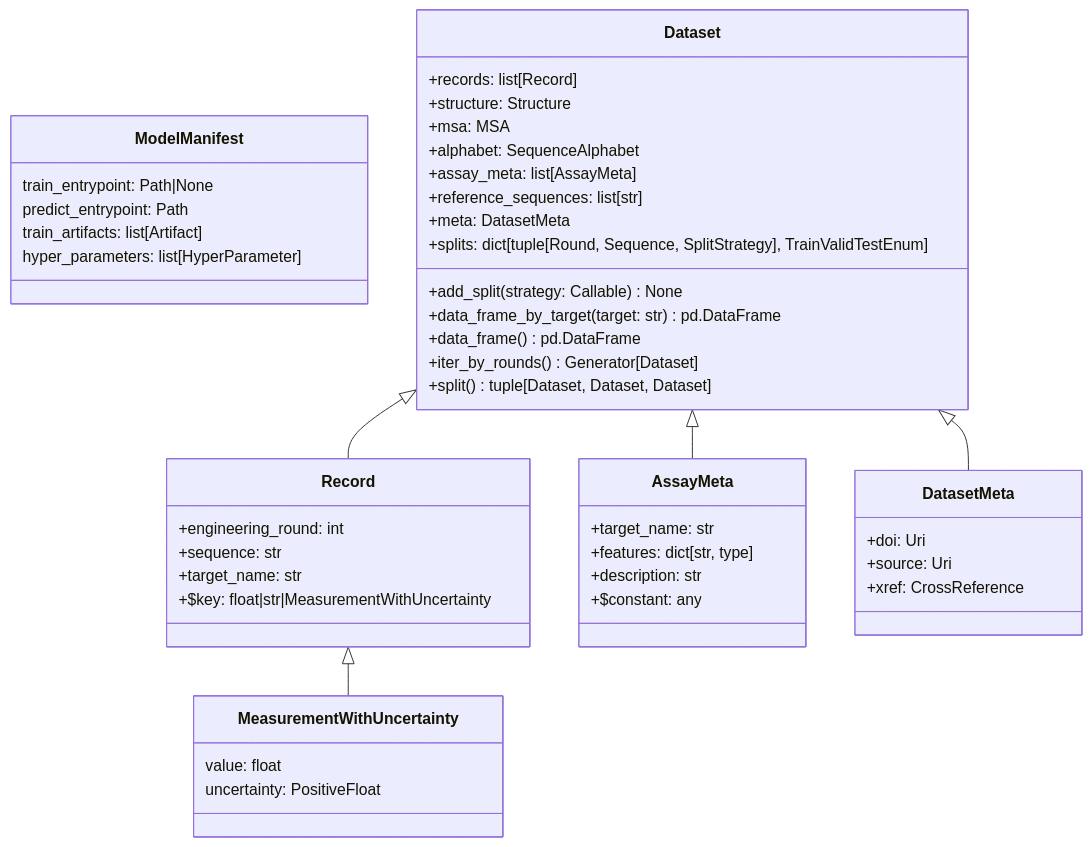
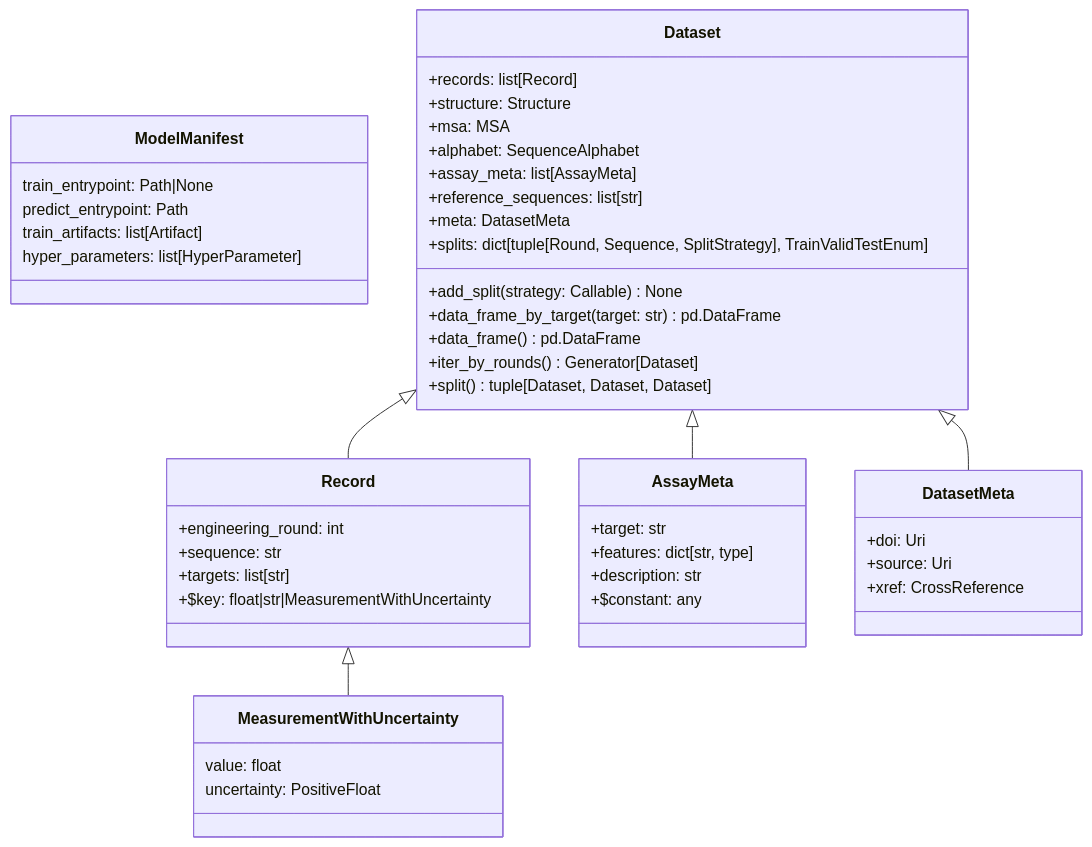
The diagram in README.md (ProteinGym/proteingym-base), drawn with Mermaid before and after one commit. The commit also changed other lines of this file, not shown here.

````diff
--- a/README.md
+++ b/README.md
@@ -4,49 +4,49 @@
 ``` mermaid
 classDiagram
     class ModelManifest{
         train_entrypoint: Path|None
         predict_entrypoint: Path
         train_artifacts: list[Artifact]
         hyper_parameters: list[HyperParameter]
     }
     class MeasurementWithUncertainty{
         value: float
         uncertainty: PositiveFloat
     }
     class Dataset{
         +records: list[Record]
         +structure: Structure
         +msa: MSA
         +alphabet: SequenceAlphabet
         +assay_meta: list[AssayMeta]
         +reference_sequences: list[str]
         +meta: DatasetMeta
         +splits: dict[tuple[Round, Sequence, SplitStrategy], TrainValidTestEnum]
         +add_split(strategy: Callable) None
         +data_frame_by_target(target: str) pd.DataFrame
         +data_frame() pd.DataFrame
         +iter_by_rounds() Generator[Dataset]
         +split() tuple[Dataset, Dataset, Dataset]
     }
     Dataset <|-- Record
     class Record{
       +engineering_round: int
       +sequence: str
-      +target_name: str
+      +targets: list[str]
       +$key: float|str|MeasurementWithUncertainty
     }
     class AssayMeta{
-        +target_name: str
+        +target: str
         +features: dict[str, type]
         +description: str
         +$constant: any
     }
     Dataset <|-- AssayMeta
     Dataset <|-- DatasetMeta
     Record <|-- MeasurementWithUncertainty
     class DatasetMeta {
         +doi: Uri
         +source: Uri
         +xref: CrossReference
     }
 ```
````
